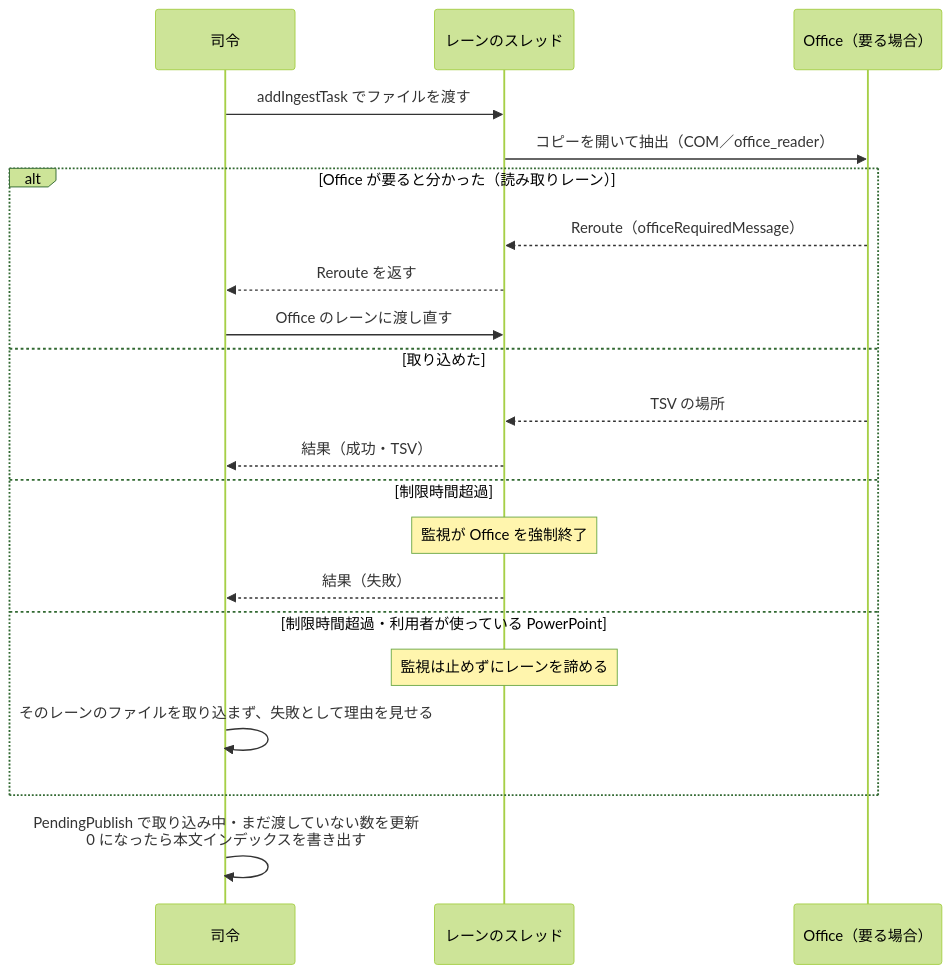
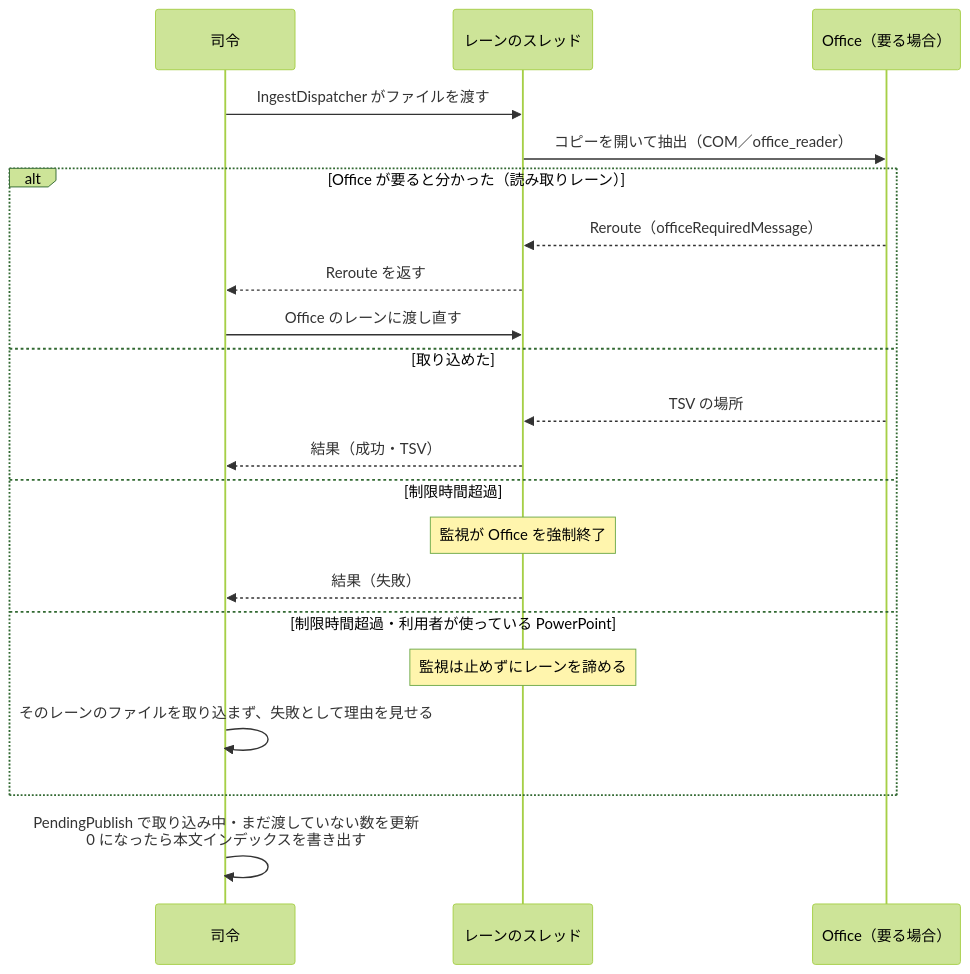
The second of 2 diagrams in docs/design/indexing/parallel.md (hsgwa/tebunko), drawn with Mermaid (forest theme) before and after one commit. The commit also changed other lines of this file and 14 other files, not shown here.

````diff
--- a/docs/design/indexing/parallel.md
+++ b/docs/design/indexing/parallel.md
@@ -31,24 +31,24 @@
 ```mermaid
 sequenceDiagram
     participant C as 司令
     participant W as レーンのスレッド
     participant O as Office（要る場合）
 
-    C->>W: addIngestTask でファイルを渡す
+    C->>W: IngestDispatcher がファイルを渡す
     W->>O: コピーを開いて抽出（COM／office_reader）
     alt Office が要ると分かった（読み取りレーン）
         O-->>W: Reroute（officeRequiredMessage）
         W-->>C: Reroute を返す
         C->>W: Office のレーンに渡し直す
     else 取り込めた
         O-->>W: TSV の場所
         W-->>C: 結果（成功・TSV）
     else 制限時間超過
         Note over W: 監視が Office を強制終了
         W-->>C: 結果（失敗）
     else 制限時間超過・利用者が使っている PowerPoint
         Note over W: 監視は止めずにレーンを諦める
         C->>C: そのレーンのファイルを取り込まず、失敗として理由を見せる
     end
     C->>C: PendingPublish で取り込み中・まだ渡していない数を更新<br>0 になったら本文インデックスを書き出す
 ```
````
